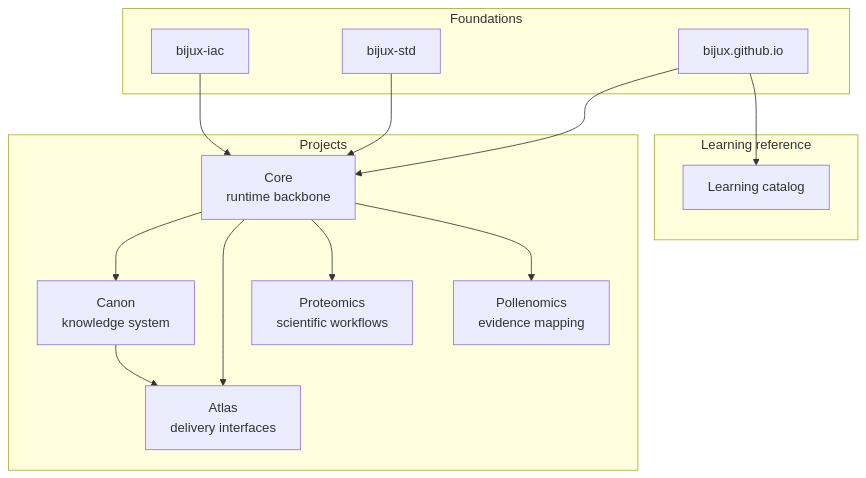
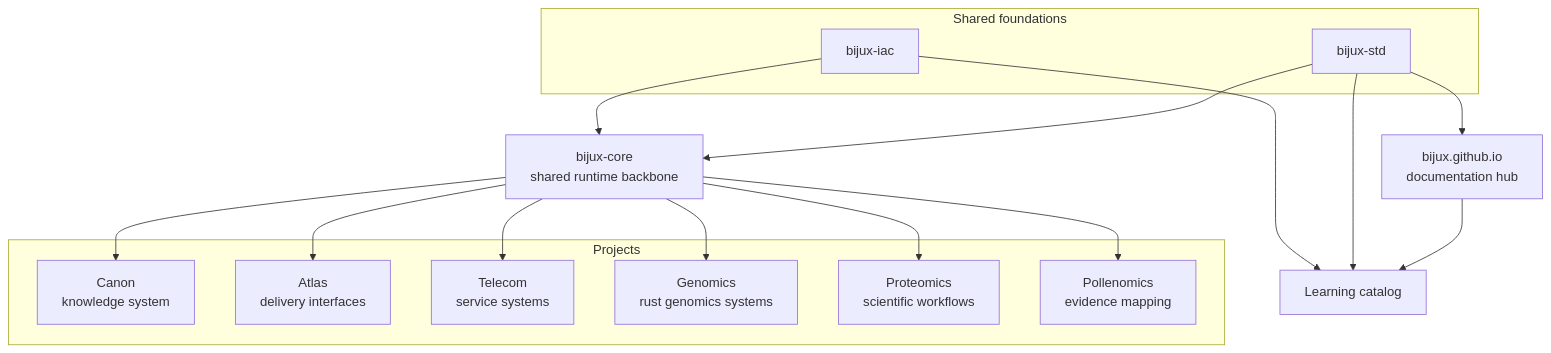
Before and after one commit to bijux/bijux.github.io: the diagram in docs/02-projects/index.md, drawn with Mermaid. The commit also changed other lines of this file and 1 other file, not shown here.

Commit message:
docs(projects): position core as shared backbone

````diff
--- a/docs/02-projects/index.md
+++ b/docs/02-projects/index.md
@@ -20,30 +20,34 @@
 ```mermaid
 graph TD
-    subgraph foundations["Foundations"]
+    subgraph foundations["Shared foundations"]
         iac["bijux-iac"]
         std["bijux-std"]
-        hub["bijux.github.io"]
     end
 
+    hub["bijux.github.io<br/>documentation hub"]
+    core["bijux-core<br/>shared runtime backbone"]
+
     subgraph projects["Projects"]
-        core["Core<br/>runtime backbone"]
         canon["Canon<br/>knowledge system"]
         atlas["Atlas<br/>delivery interfaces"]
+        telecom["Telecom<br/>service systems"]
+        genomics["Genomics<br/>rust genomics systems"]
         proteomics["Proteomics<br/>scientific workflows"]
         pollenomics["Pollenomics<br/>evidence mapping"]
     end
 
-    subgraph learning["Learning reference"]
-        learning_index["Learning catalog"]
-    end
+    learning_index["Learning catalog"]
 
     iac --> core
     std --> core
-    hub --> core
+    std --> hub
+    iac --> learning_index
+    std --> learning_index
+    hub --> learning_index
     core --> canon
     core --> atlas
+    core --> telecom
+    core --> genomics
     core --> proteomics
     core --> pollenomics
-    canon --> atlas
-    hub --> learning_index
 ```
````
